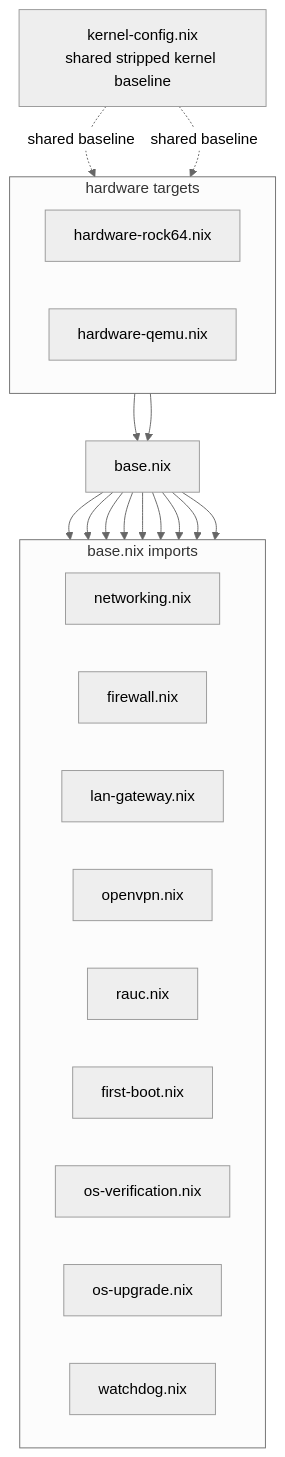
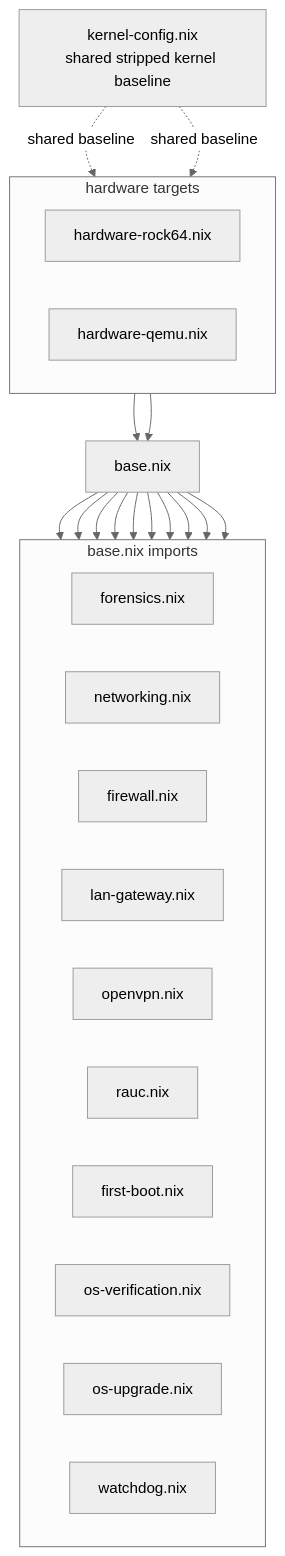
Before and after one commit to RobertDeRose/atomixos: the diagram in docs/src/code-reference/modules.md, drawn with Mermaid (neutral theme). The commit also changed other lines of this file and 8 other files, not shown here.

````diff
--- a/docs/src/code-reference/modules.md
+++ b/docs/src/code-reference/modules.md
@@ -8,39 +8,41 @@
 ```mermaid
 flowchart TD
     KERNEL["kernel-config.nix<br/>shared stripped kernel baseline"]
 
     subgraph HARDWARE["hardware targets"]
         direction LR
         ROCK64["hardware-rock64.nix"]
         QEMU["hardware-qemu.nix"]
     end
 
     ROCK64 --> BASE["base.nix"]
     QEMU --> BASE
 
     subgraph IMPORTS["base.nix imports"]
         direction LR
+        FORENSICS["forensics.nix"]
         NETWORKING["networking.nix"]
         FIREWALL["firewall.nix"]
         LAN["lan-gateway.nix"]
         OPENVPN["openvpn.nix"]
         RAUC["rauc.nix"]
         FIRSTBOOT["first-boot.nix"]
         VERIFY["os-verification.nix"]
         UPGRADE["os-upgrade.nix"]
         WATCHDOG["watchdog.nix"]
     end
 
     BASE --> NETWORKING
+    BASE --> FORENSICS
     BASE --> FIREWALL
     BASE --> LAN
     BASE --> OPENVPN
     BASE --> RAUC
     BASE --> FIRSTBOOT
     BASE --> VERIFY
     BASE --> UPGRADE
     BASE --> WATCHDOG
 
     KERNEL -. shared baseline .-> ROCK64
     KERNEL -. shared baseline .-> QEMU
 ```
````
